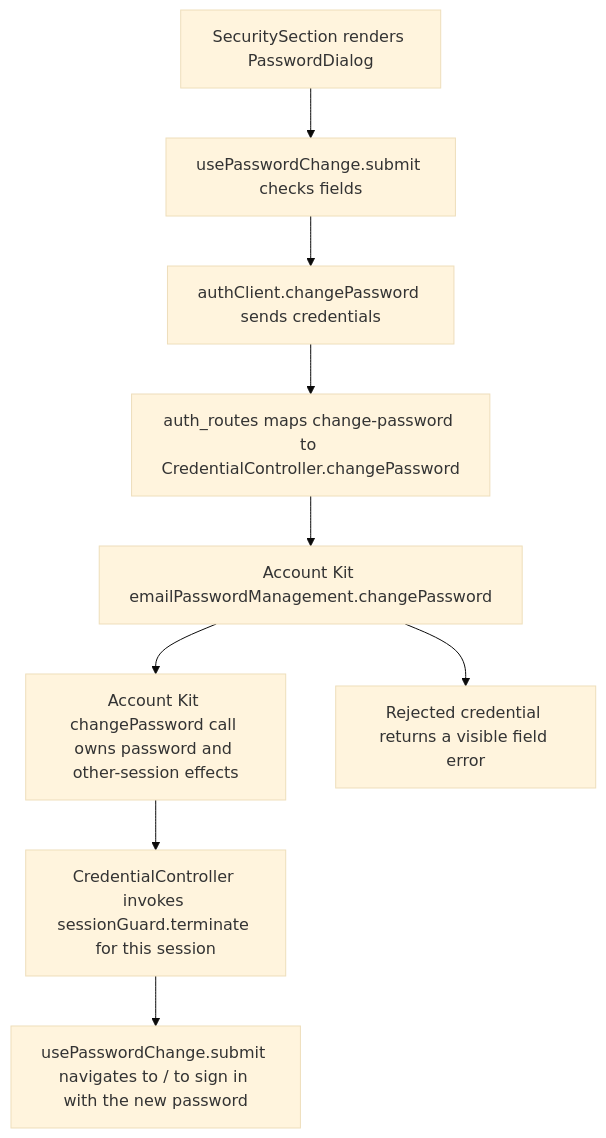
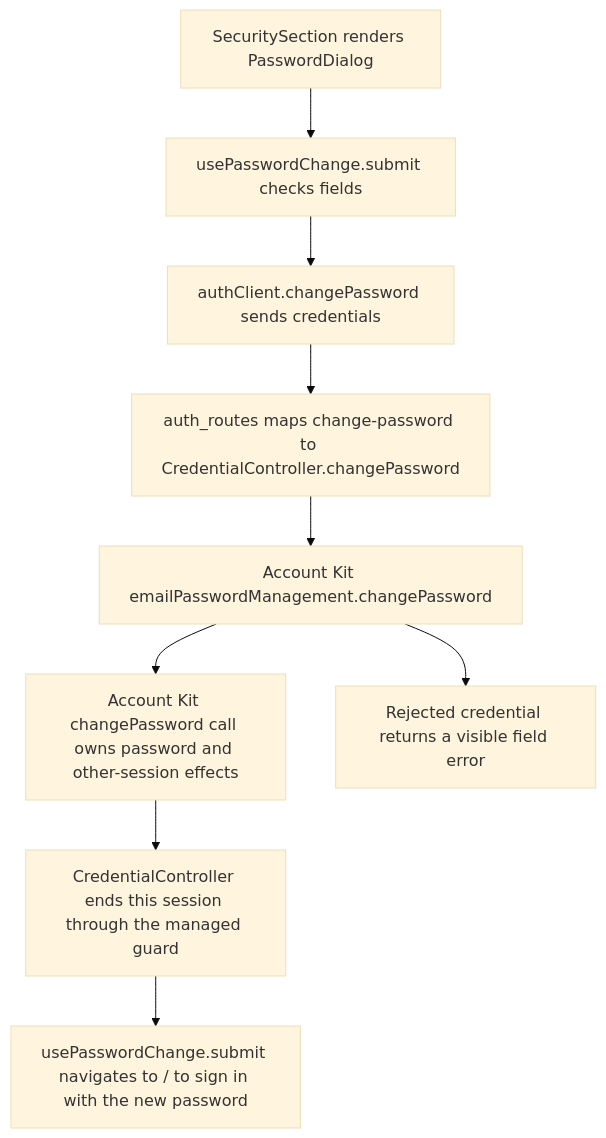
Before and after one commit to Kevinjohn/capacitylens: the second of 2 diagrams in user-stories/account/US-ACCOUNT-02-password-change.md, drawn with Mermaid (base theme). The commit also changed 3 other files, not shown here.

````diff
--- a/user-stories/account/US-ACCOUNT-02-password-change.md
+++ b/user-stories/account/US-ACCOUNT-02-password-change.md
@@ -34,11 +34,11 @@
 ```mermaid
 flowchart TD
   dialog["SecuritySection renders PasswordDialog"] --> submit["usePasswordChange.submit checks fields"]
   submit --> client["authClient.changePassword sends credentials"]
   client --> route["auth_routes maps change-password to CredentialController.changePassword"]
   route --> kit["Account Kit emailPasswordManagement.changePassword"]
   kit --> sessions["Account Kit changePassword call owns password and other-session effects"]
-  sessions --> session["CredentialController invokes sessionGuard.terminate for this session"]
+  sessions --> session["CredentialController ends this session through the managed guard"]
   session --> reload["usePasswordChange.submit navigates to / to sign in with the new password"]
   kit --> error["Rejected credential returns a visible field error"]
 ```
````
